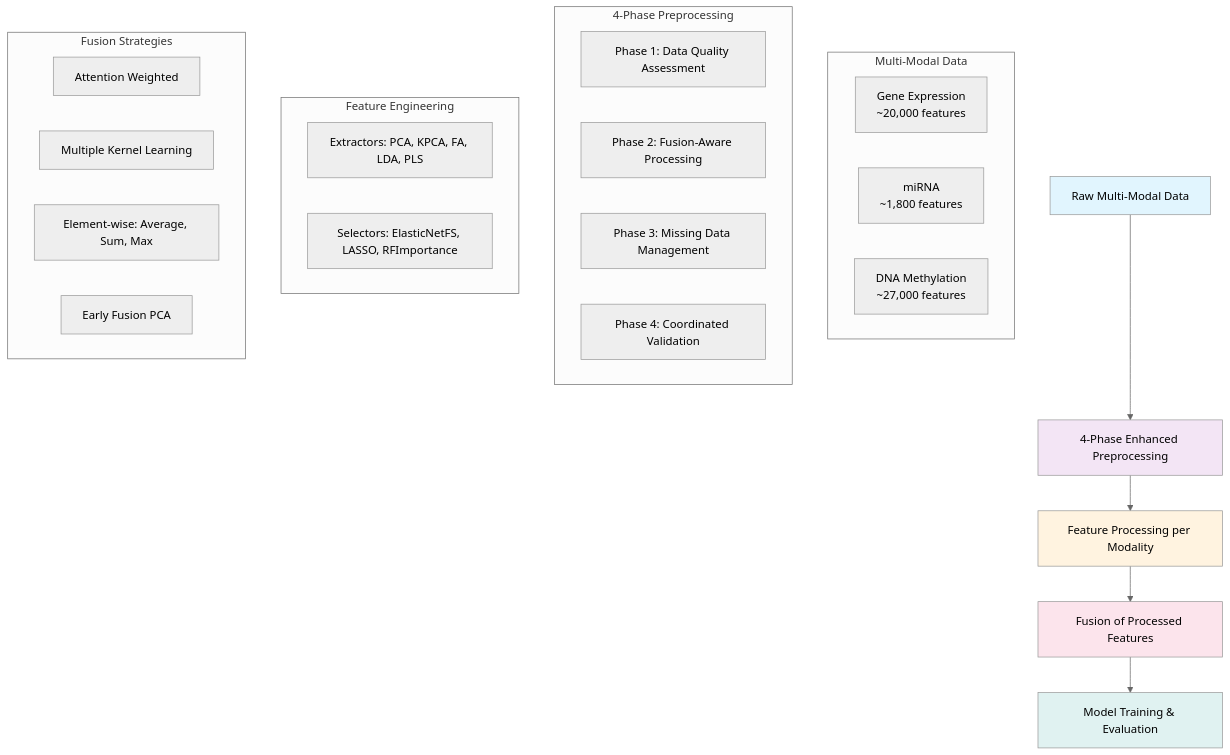
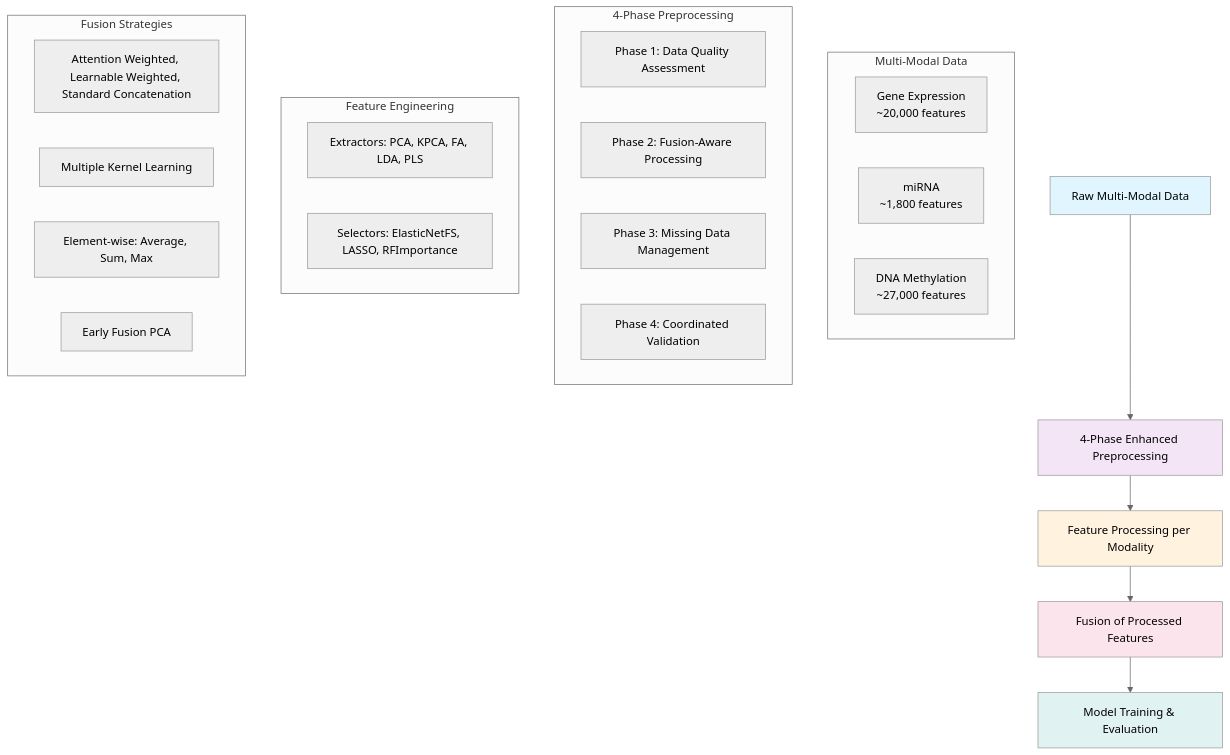
The diagram in README.md (kpnowak/OUH-Internship-Krzysztof-Nowak), drawn with Mermaid (neutral theme) before and after one commit.

Commit message:
Small repair

````diff
--- a/README.md
+++ b/README.md
@@ -61,38 +61,38 @@
 ```mermaid
 flowchart TD
     A[Raw Multi-Modal Data] --> B[4-Phase Enhanced Preprocessing]
     B --> C[Feature Processing per Modality]
     C --> D[Fusion of Processed Features]
     D --> E[Model Training & Evaluation]
     
     subgraph "Multi-Modal Data"
         A1[Gene Expression<br/>~20,000 features]
         A2[miRNA<br/>~1,800 features]
         A3[DNA Methylation<br/>~27,000 features]
     end
     
     subgraph "4-Phase Preprocessing"
         B1[Phase 1: Data Quality Assessment]
         B2[Phase 2: Fusion-Aware Processing]
         B3[Phase 3: Missing Data Management]
         B4[Phase 4: Coordinated Validation]
     end
     
     subgraph "Feature Engineering"
         C1[Extractors: PCA, KPCA, FA, LDA, PLS]
         C2[Selectors: ElasticNetFS, LASSO, RFImportance]
     end
     
     subgraph "Fusion Strategies"
-        D1[Attention Weighted]
+        D1[Attention Weighted, Learnable Weighted, Standard Concatenation]
         D2[Multiple Kernel Learning]
         D3[Element-wise: Average, Sum, Max]
         D4[Early Fusion PCA]
     end
     
     style A fill:#e1f5fe
     style B fill:#f3e5f5
     style C fill:#fff3e0
     style D fill:#fce4ec
     style E fill:#e0f2f1
 ```
````
